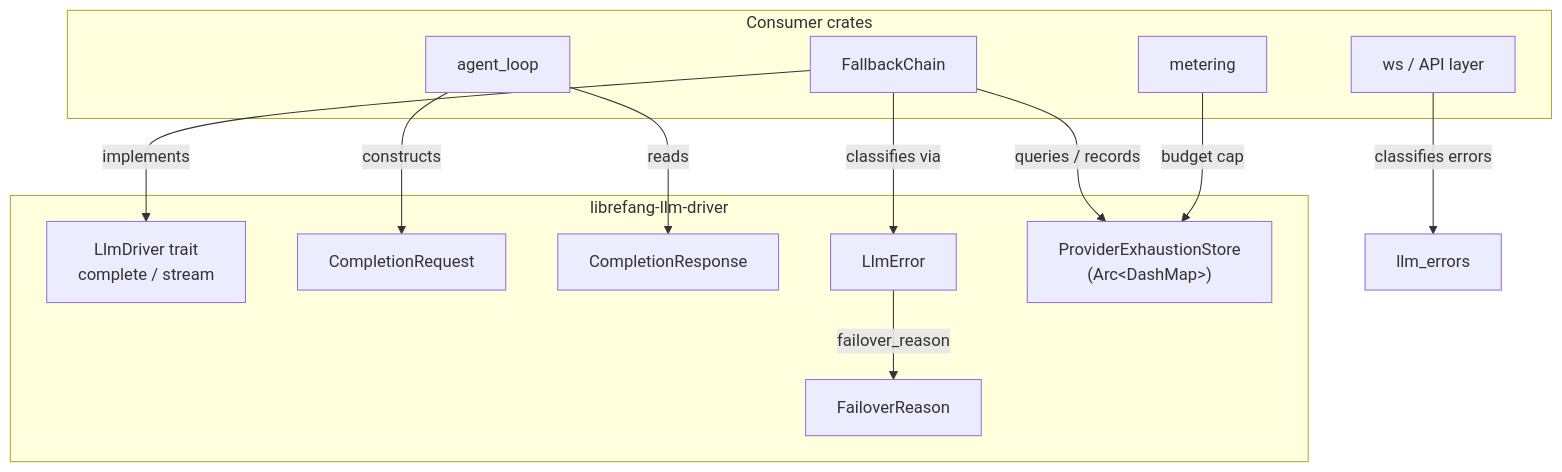
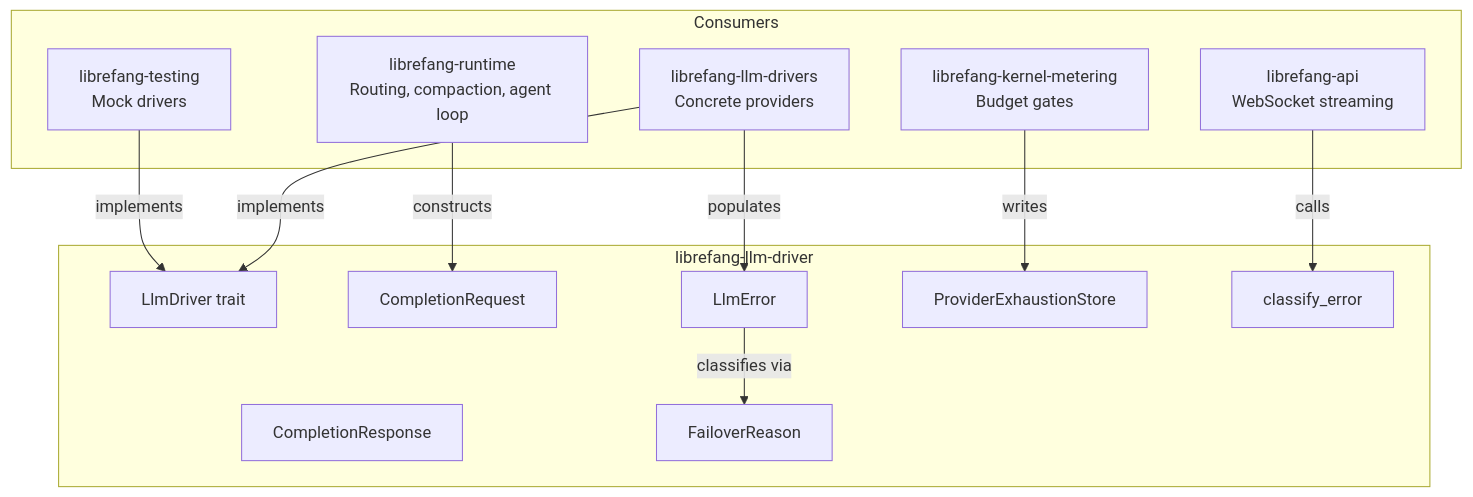
Before and after one commit to leszek3737/librefang-WIki: the diagram in llm-drivers-librefang-llm-driver-src.md, drawn with Mermaid. The commit also changed other lines of this file and 125 other files, not shown here.

````diff
--- a/llm-drivers-librefang-llm-driver-src.md
+++ b/llm-drivers-librefang-llm-driver-src.md
@@ -9,27 +9,28 @@
 ```mermaid
 graph TD
     subgraph "librefang-llm-driver"
-        LT["LlmDriver trait<br/>complete / stream"]
-        CR["CompletionRequest"]
-        CS["CompletionResponse"]
-        LE["LlmError"]
-        PES["ProviderExhaustionStore<br/>(Arc&lt;DashMap&gt;)"]
-        FR["FailoverReason"]
+        LT[LlmDriver trait]
+        CR[CompletionRequest]
+        CPR[CompletionResponse]
+        LE[LlmError]
+        FE[FailoverReason]
+        PES[ProviderExhaustionStore]
+        CE[classify_error]
     end
 
-    subgraph "Consumer crates"
-        FC["FallbackChain"]
-        AL["agent_loop"]
-        MT["metering"]
-        API["ws / API layer"]
+    subgraph Consumers
+        DRIVERS[librefang-llm-drivers<br/>Concrete providers]
+        METERING[librefang-kernel-metering<br/>Budget gates]
+        RUNTIME[librefang-runtime<br/>Routing, compaction, agent loop]
+        API[librefang-api<br/>WebSocket streaming]
+        TESTING[librefang-testing<br/>Mock drivers]
     end
 
-    FC -->|implements| LT
-    FC -->|queries / records| PES
-    FC -->|classifies via| LE
-    LE -->|failover_reason| FR
-    MT -->|budget cap| PES
-    AL -->|constructs| CR
-    AL -->|reads| CS
-    API -->|classifies errors| llm_errors
+    DRIVERS -->|implements| LT
+    DRIVERS -->|populates| LE
+    METERING -->|writes| PES
+    RUNTIME -->|constructs| CR
+    API -->|calls| CE
+    TESTING -->|implements| LT
+    LE -->|classifies via| FE
 ```
````
